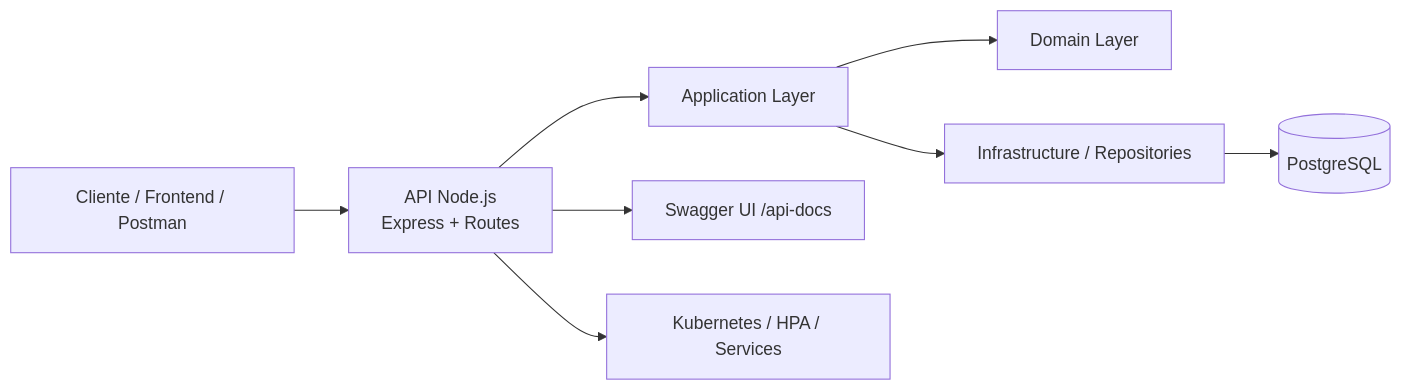
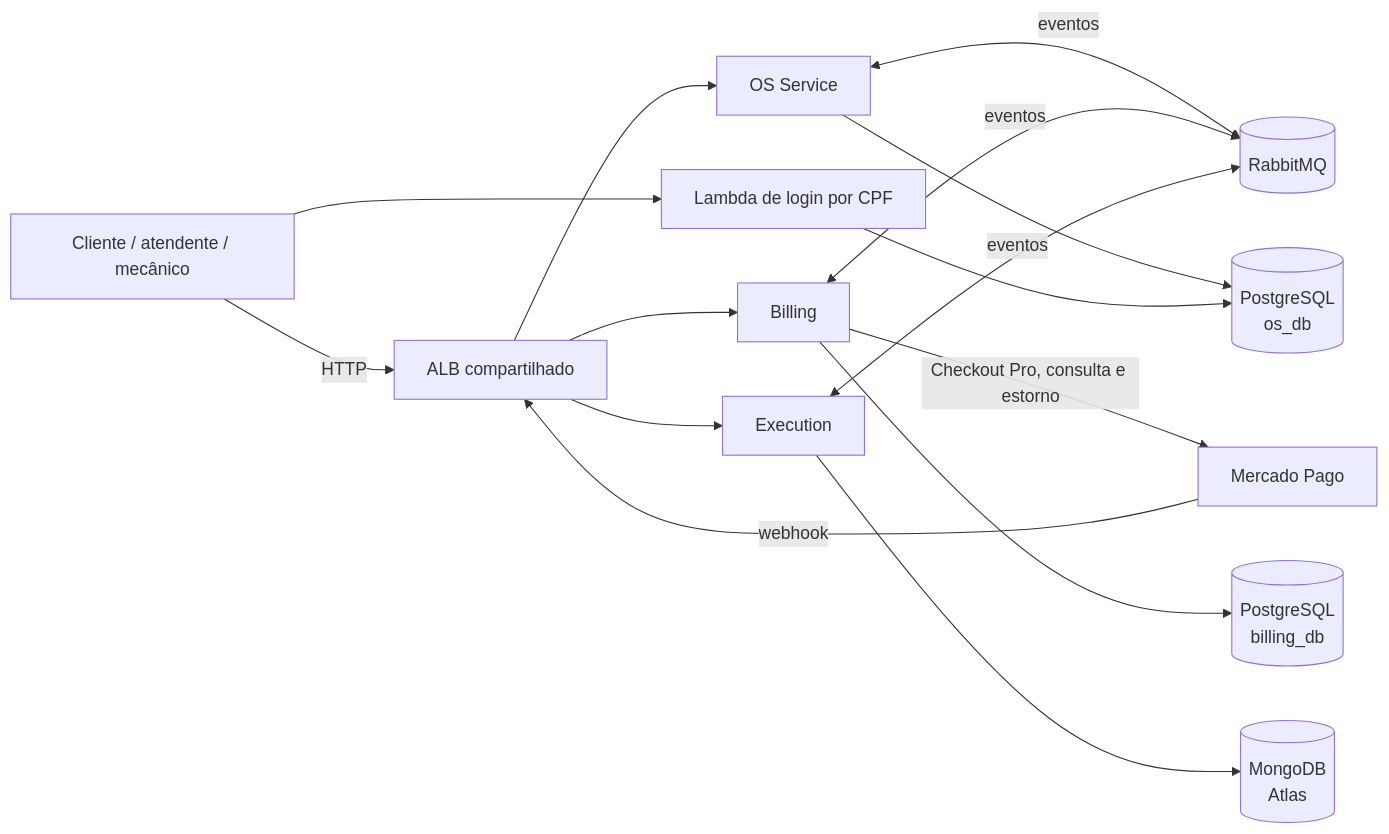
Before and after one commit to BrunoAmathias/TechChallengerFiap-Application: the first of 2 diagrams in README.md, drawn with Mermaid. The commit also changed other lines of this file and 11 other files, not shown here.

````diff
--- a/README.md
+++ b/README.md
@@ -22,10 +21,17 @@
 ```mermaid
 flowchart LR
-    Client[Cliente / Frontend / Postman] --> API[API Node.js<br/>Express + Routes]
-    API --> APP[Application Layer]
-    APP --> DOMAIN[Domain Layer]
-    APP --> REPO[Infrastructure / Repositories]
-    REPO --> DB[(PostgreSQL)]
-    API --> SWAGGER[Swagger UI /api-docs]
-    API --> K8S[Kubernetes / HPA / Services]
+    Cliente[Cliente / atendente / mecânico] -->|HTTP| ALB[ALB compartilhado]
+    Cliente --> Lambda[Lambda de login por CPF]
+    MP[Mercado Pago] -->|webhook| ALB
+    ALB --> OS[OS Service]
+    ALB --> BIL[Billing]
+    ALB --> EXE[Execution]
+    OS <-->|eventos| MQ[(RabbitMQ)]
+    BIL <-->|eventos| MQ
+    EXE <-->|eventos| MQ
+    BIL -->|Checkout Pro, consulta e estorno| MP
+    OS --> PG1[(PostgreSQL<br/>os_db)]
+    Lambda --> PG1
+    BIL --> PG2[(PostgreSQL<br/>billing_db)]
+    EXE --> MDB[(MongoDB<br/>Atlas)]
 ```
````
